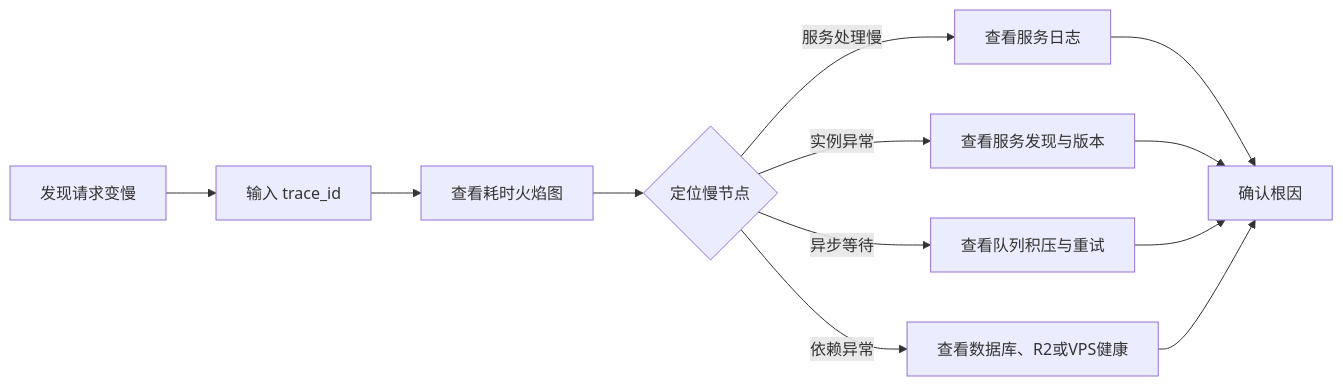
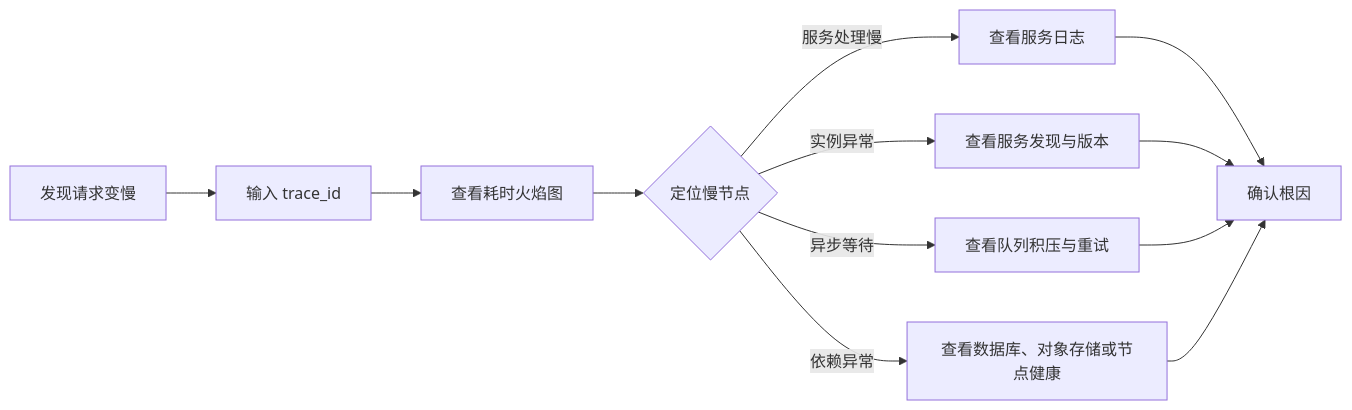
Before and after one commit to Liyuk/liyuk.github.io: the sixth of 6 diagrams in src/content/writing/2026/08/from-request-id-to-trace-system/zh.md, drawn with Mermaid. The commit also changed other lines of this file and 11 other files, not shown here.

````diff
--- a/src/content/writing/2026/08/from-request-id-to-trace-system/zh.md
+++ b/src/content/writing/2026/08/from-request-id-to-trace-system/zh.md
@@ -358,14 +354,14 @@
 ```mermaid
 flowchart LR
     A[发现请求变慢] --> B[输入 trace_id]
     B --> C[查看耗时火焰图]
     C --> D{定位慢节点}
     D -->|服务处理慢| E[查看服务日志]
     D -->|实例异常| F[查看服务发现与版本]
     D -->|异步等待| G[查看队列积压与重试]
-    D -->|依赖异常| H[查看数据库、R2或VPS健康]
+    D -->|依赖异常| H[查看数据库、对象存储或节点健康]
     E --> I[确认根因]
     F --> I
     G --> I
     H --> I
 ```
````
